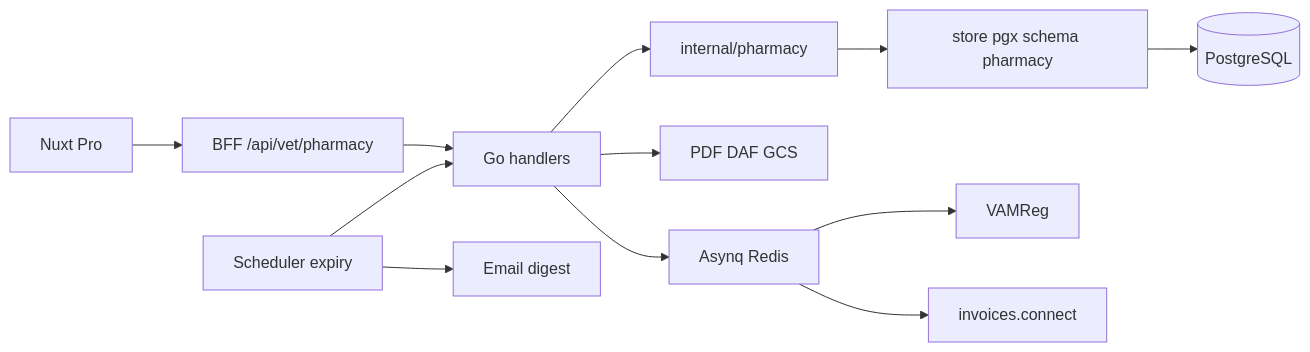
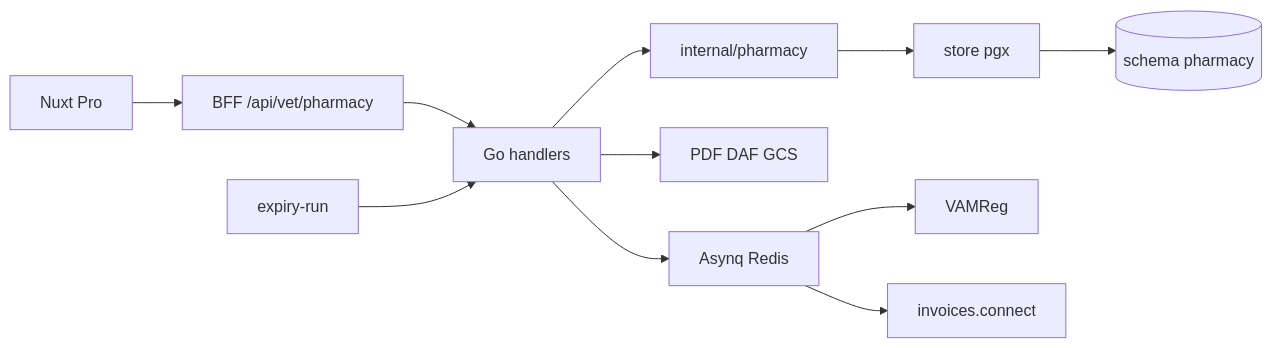
Before and after one commit to olegrand1976/petsFollow: the diagram in documentation/28-PLAN-STOCK-PEREMPTION.md, drawn with Mermaid. The commit also changed other lines of this file and 103 other files, not shown here.

````diff
--- a/documentation/28-PLAN-STOCK-PEREMPTION.md
+++ b/documentation/28-PLAN-STOCK-PEREMPTION.md
@@ -186,14 +164,13 @@
 ```mermaid
 flowchart LR
   Nuxt[Nuxt Pro] --> BFF[BFF /api/vet/pharmacy]
   BFF --> API[Go handlers]
   API --> Dom[internal/pharmacy]
-  Dom --> Store[store pgx schema pharmacy]
-  Store --> PG[(PostgreSQL)]
+  Dom --> Store[store pgx]
+  Store --> PG[(schema pharmacy)]
   API --> Media[PDF DAF GCS]
   API --> Q[Asynq Redis]
   Q --> W1[VAMReg]
   Q --> W2[invoices.connect]
-  Cron[Scheduler expiry] --> API
-  Cron --> Digest[Email digest]
+  Cron[expiry-run] --> API
 ```
````
